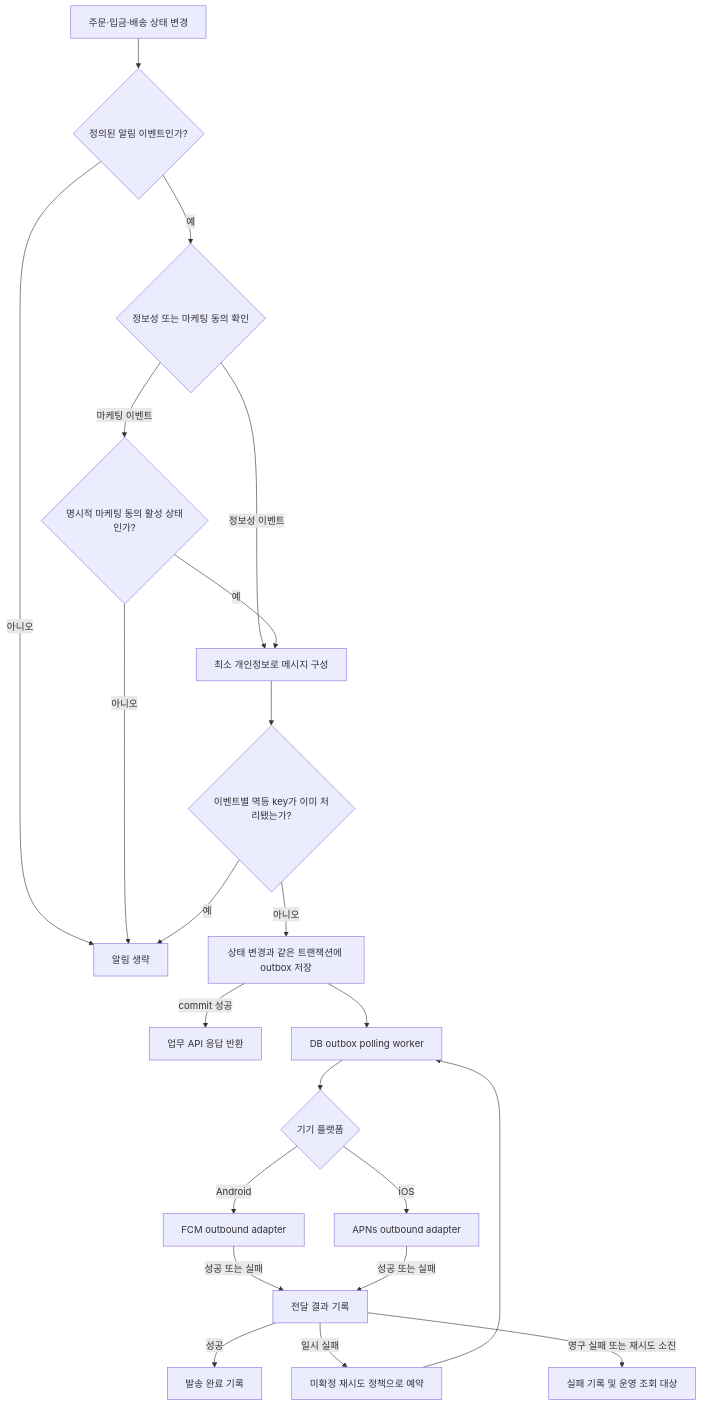
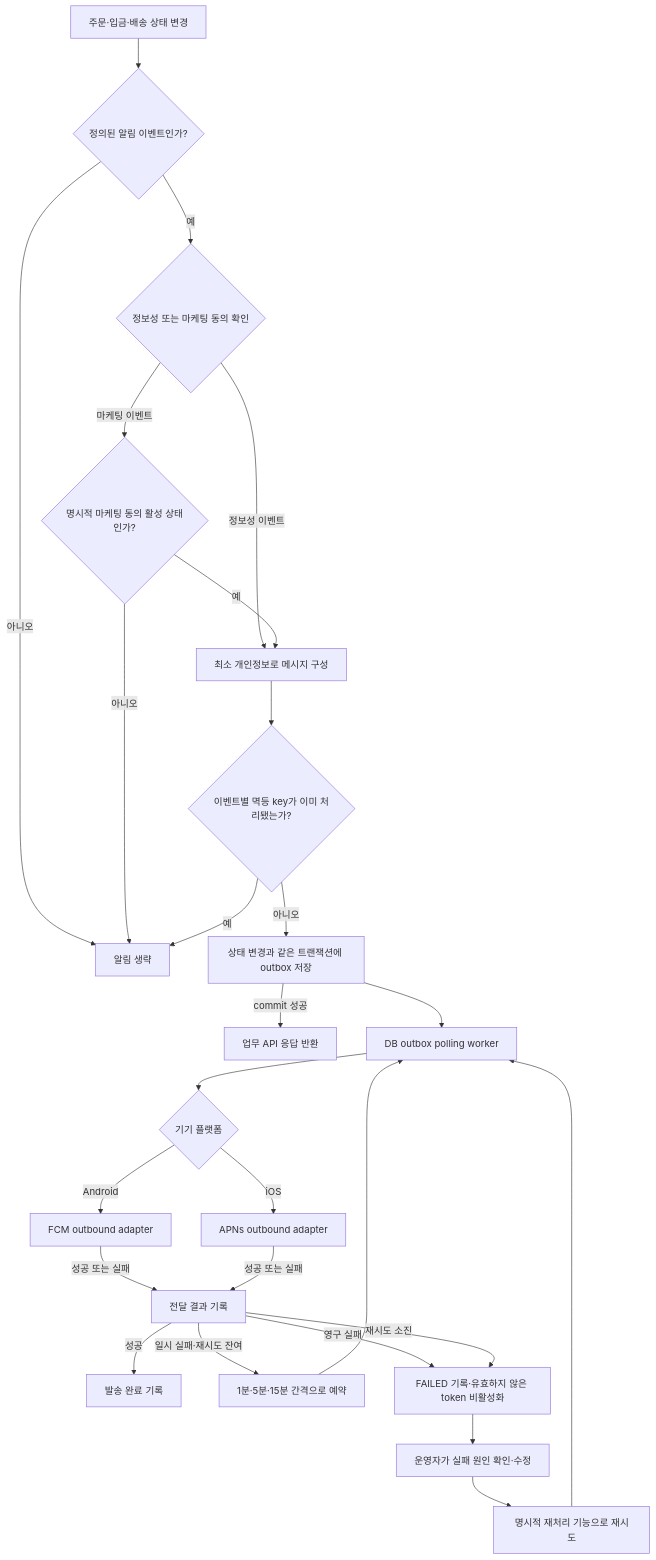
Before and after one commit to DongHyeonEom/umji-market-api: the diagram in docs/services/notification.md, drawn with Mermaid. The commit also changed other lines of this file and 1 other file, not shown here.

````diff
--- a/docs/services/notification.md
+++ b/docs/services/notification.md
@@ -46,24 +49,28 @@
 ```mermaid
 flowchart TD
     Event["주문·입금·배송 상태 변경"] --> Eligible{"정의된 알림 이벤트인가?"}
     Eligible -->|아니오| Ignore["알림 생략"]
     Eligible -->|예| Consent{"정보성 또는 마케팅 동의 확인"}
     Consent -->|정보성 이벤트| Build["최소 개인정보로 메시지 구성"]
     Consent -->|마케팅 이벤트| Marketing{"명시적 마케팅 동의 활성 상태인가?"}
     Marketing -->|아니오| Ignore
     Marketing -->|예| Build
     Build --> Idempotency{"이벤트별 멱등 key가 이미 처리됐는가?"}
     Idempotency -->|예| Ignore
     Idempotency -->|아니오| Queue["상태 변경과 같은 트랜잭션에 outbox 저장"]
     Queue -->|commit 성공| Response["업무 API 응답 반환"]
     Queue --> Worker["DB outbox polling worker"]
     Worker --> Provider{"기기 플랫폼"}
     Provider -->|Android| FCM["FCM outbound adapter"]
     Provider -->|iOS| APNS["APNs outbound adapter"]
     FCM -->|성공 또는 실패| Result["전달 결과 기록"]
     APNS -->|성공 또는 실패| Result
     Result -->|성공| Sent["발송 완료 기록"]
-    Result -->|일시 실패| Retry["미확정 재시도 정책으로 예약"]
+    Result -->|일시 실패·재시도 잔여| Retry["1분·5분·15분 간격으로 예약"]
     Retry --> Worker
-    Result -->|영구 실패 또는 재시도 소진| Failed["실패 기록 및 운영 조회 대상"]
+    Result -->|영구 실패| Failed["FAILED 기록·유효하지 않은 token 비활성화"]
+    Result -->|재시도 소진| Failed
+    Failed --> Inspect["운영자가 실패 원인 확인·수정"]
+    Inspect --> Replay["명시적 재처리 기능으로 재시도"]
+    Replay --> Worker
 ```
````
